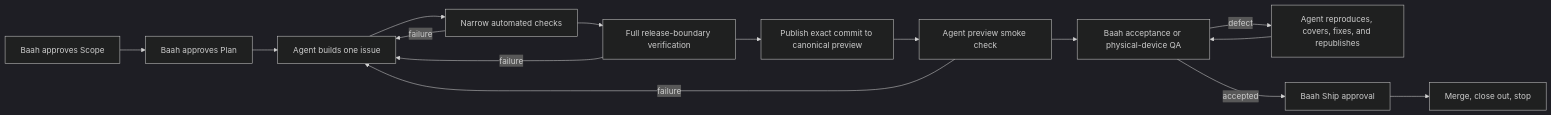
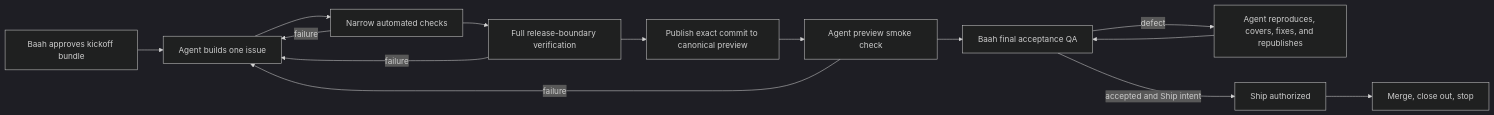
One commit to EmmanuelBaah27/taisa changed the diagram in docs/superpowers/specs/2026-10-08-bounded-autonomous-delivery-design.md. Above: the diagram before and after it, drawn with Mermaid (dark theme). The commit also changed other lines of this file, not shown here.

````diff
--- a/docs/superpowers/specs/2026-10-08-bounded-autonomous-delivery-design.md
+++ b/docs/superpowers/specs/2026-10-08-bounded-autonomous-delivery-design.md
@@ -32,17 +32,16 @@
 ```mermaid
 flowchart LR
-  S["Baah approves Scope"] --> P["Baah approves Plan"]
-  P --> B["Agent builds one issue"]
+  K["Baah approves kickoff bundle"] --> B["Agent builds one issue"]
   B --> N["Narrow automated checks"]
   N -->|failure| B
   N --> V["Full release-boundary verification"]
   V -->|failure| B
   V --> C["Publish exact commit to canonical preview"]
   C --> Q["Agent preview smoke check"]
   Q -->|failure| B
-  Q --> H["Baah acceptance or physical-device QA"]
+  Q --> H["Baah final acceptance QA"]
   H -->|defect| R["Agent reproduces, covers, fixes, and republishes"]
   R --> H
-  H -->|accepted| G["Baah Ship approval"]
+  H -->|accepted and Ship intent| G["Ship authorized"]
   G --> X["Merge, close out, stop"]
 ```
````
